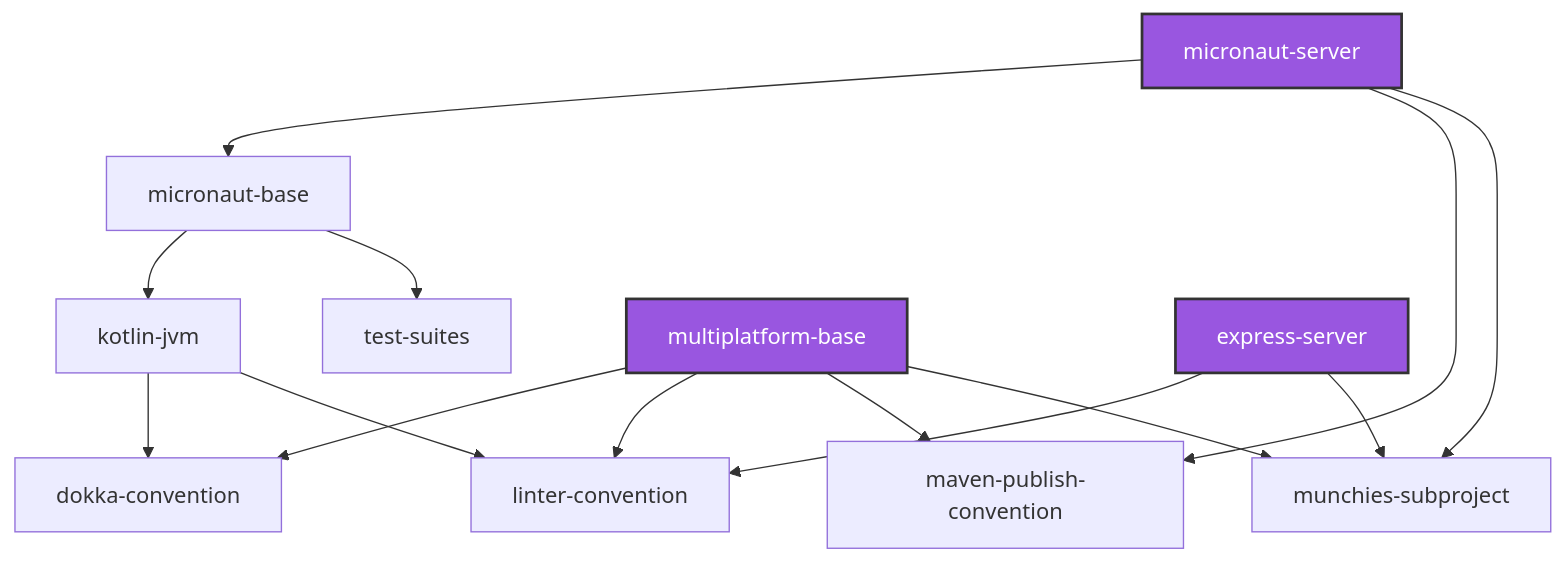
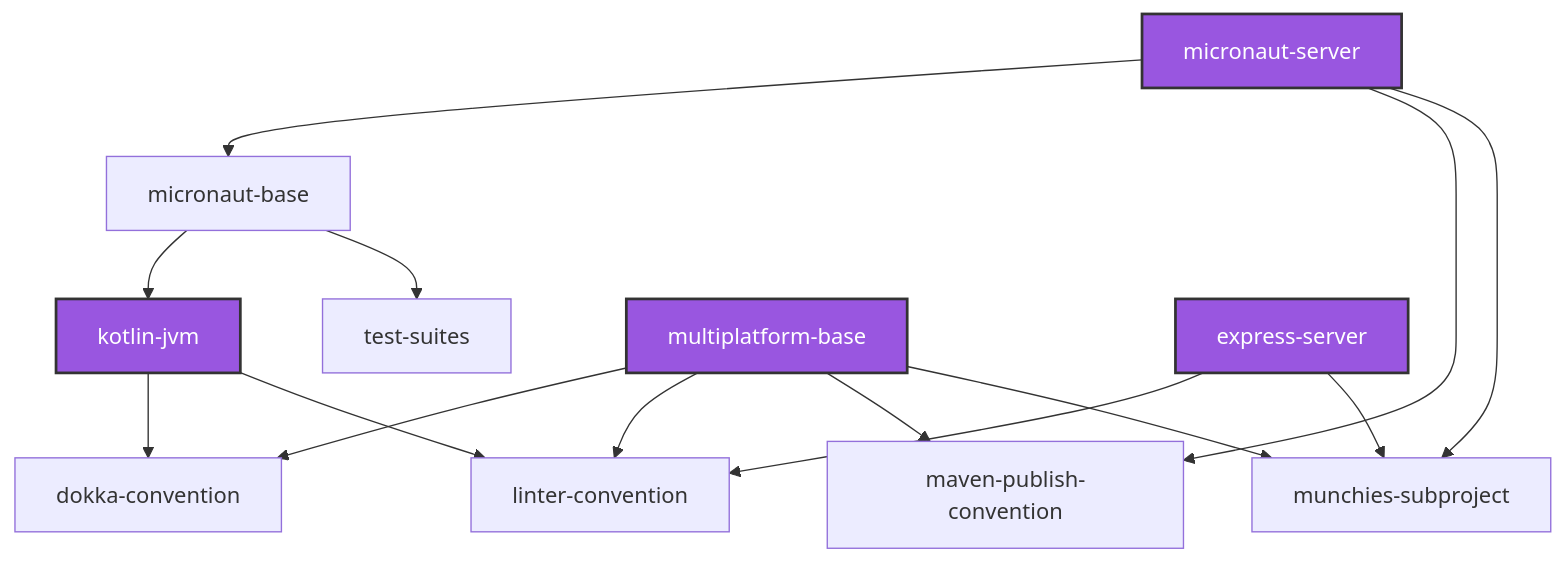
Before and after one commit to Norby99/munchies: the second of 2 diagrams in docs/reports/spe/03-devops/project-structure.md, drawn with Mermaid. The commit also changed other lines of this file, not shown here.

````diff
--- a/docs/reports/spe/03-devops/project-structure.md
+++ b/docs/reports/spe/03-devops/project-structure.md
@@ -136,30 +136,30 @@
 ```mermaid
 
 flowchart TB
     ms["micronaut-server"]:::pj
     dk["dokka-convention"]
-    kj["kotlin-jvm"]
+    kj["kotlin-jvm"]:::pj
     mb["micronaut-base"]
     ts["test-suites"]
     mpb["multiplatform-base"]:::pj
     lc["linter-convention"]
     mpc["maven-publish-convention"]
     msp["munchies-subproject"]
     es["express-server"]:::pj
 
     ms --> msp
     es --> msp
     mpb --> msp
     mpb --> mpc
     mpb --> lc
     es --> lc
     kj --> lc
     kj --> dk
     mb --> ts
     mpb --> dk
     ms --> mpc
     mb --> kj
     ms --> mb
 
     classDef pj fill:#9956e0,stroke:#333,stroke-width:2px,color:#fff
 ```
````
